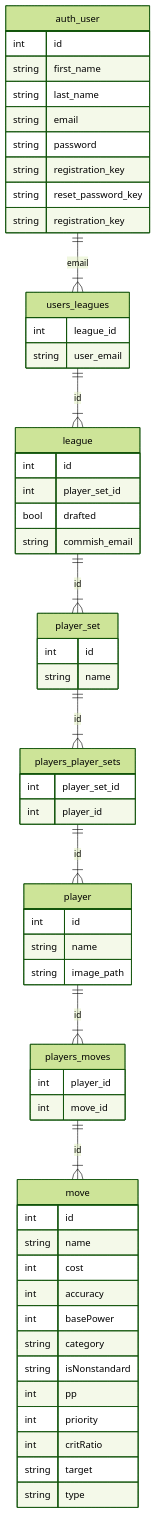
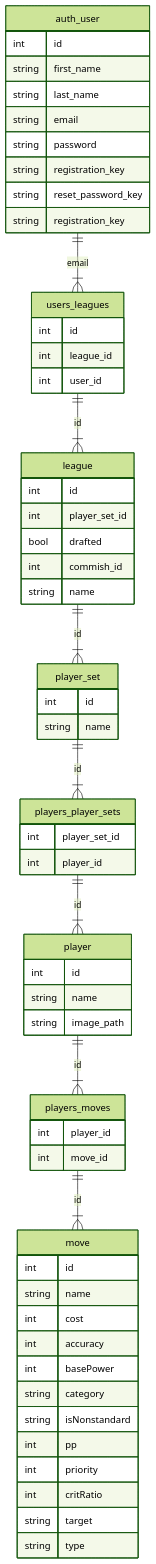
The second of 2 diagrams in applications/welcome/models/Datamodel.md (barry4356/FunkyMon), drawn with Mermaid (forest theme) before and after one commit.

Commit message:
Modify Datamodel structure for leagues and users_leagues
Updated the Datamodel to include 'name' in league and removed 'user_email' from users_leagues.

````diff
--- a/applications/welcome/models/Datamodel.md
+++ b/applications/welcome/models/Datamodel.md
@@ -19,62 +19,64 @@
 ```mermaid
 erDiagram
     auth_user ||--|{ users_leagues : email
     auth_user {
         int id
         string first_name
         string last_name
         string email
         string password
         string registration_key
         string reset_password_key
         string registration_key
     }
     users_leagues ||--|{ league : id
     users_leagues {
+        int id
         int league_id
-        string user_email
+        int user_id
     }
     league ||--|{ player_set: id
     league {
         int id
         int player_set_id
         bool drafted
-        string commish_email
+        int commish_id
+        string name
     }
     player_set ||--|{ players_player_sets : id
     player_set {
         int id
         string name
     }
     players_player_sets ||--|{ player : id
     players_player_sets {
         int player_set_id
         int player_id
     }
     player ||--|{ players_moves : id
     player {
         int id
         string name
         string image_path
     }
     players_moves ||--|{ move : id
     players_moves {
         int player_id
         int move_id
     }
     move
     move {
         int id
         string name
         int cost
         int accuracy
         int basePower
         string category
         string isNonstandard
         int pp
         int priority
         int critRatio
         string target
         string type
     }
 ```
````
